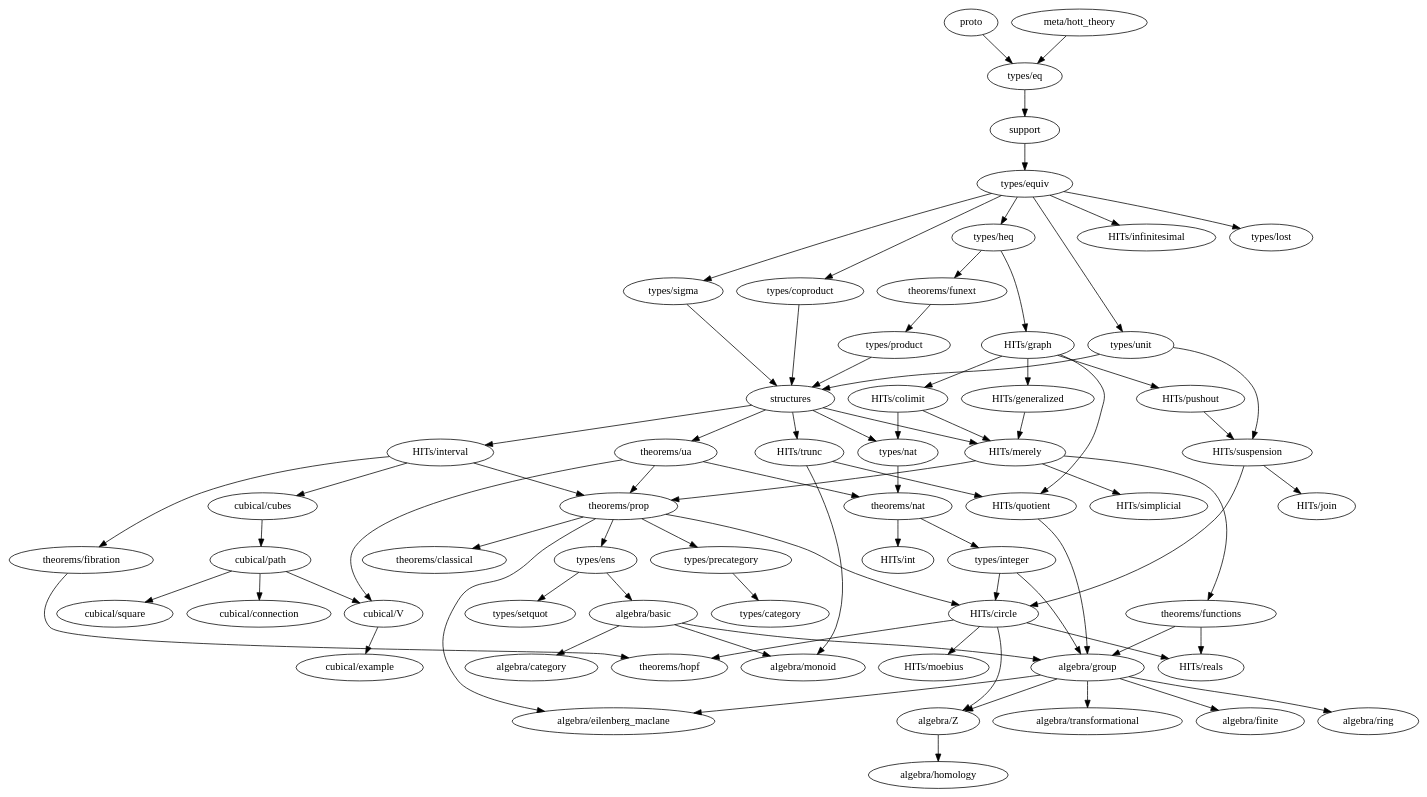
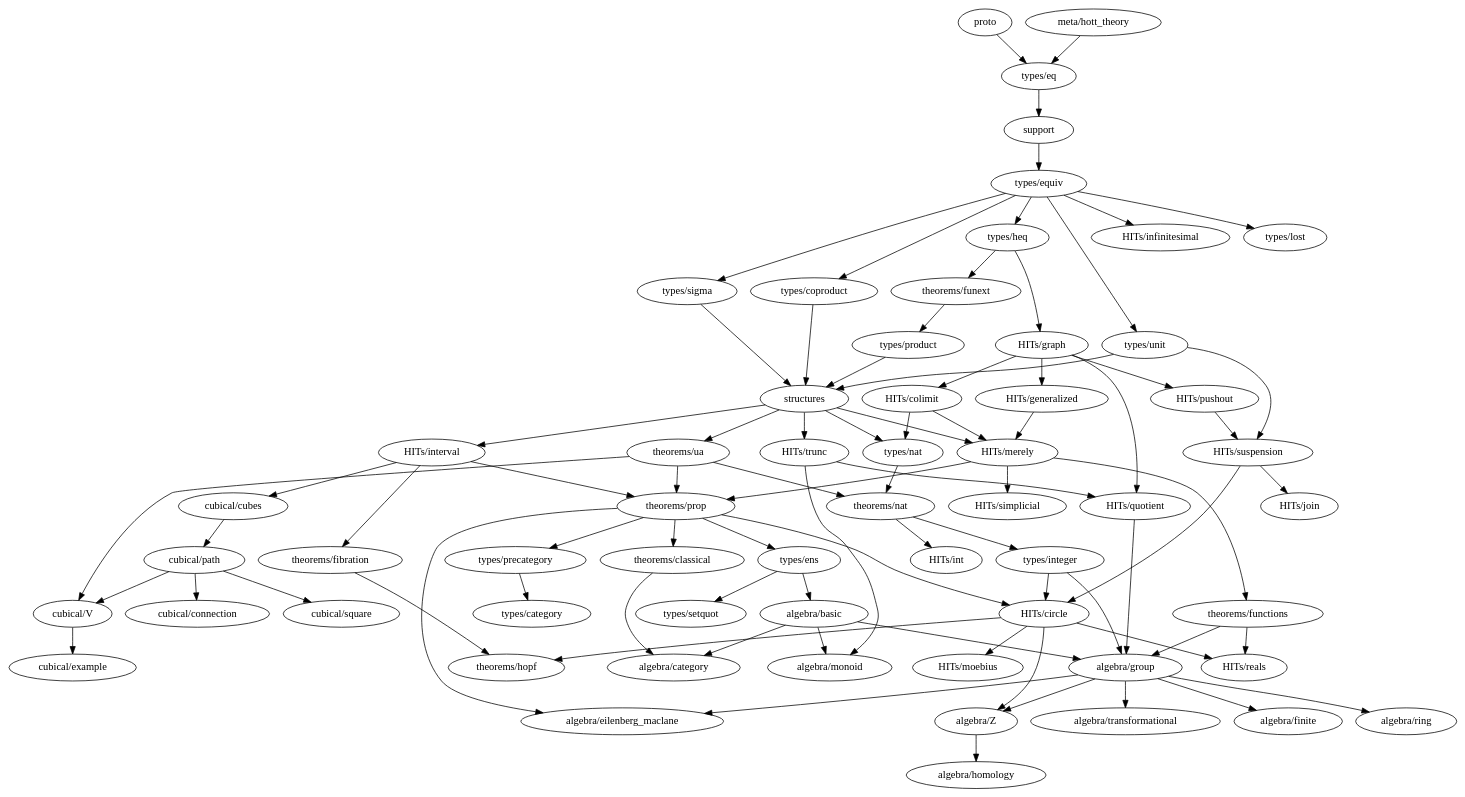
Before and after one commit to forked-from-1kasper/ground_zero: the diagram in dependency-map.gv, drawn with Graphviz. The commit also changed 3 other files, not shown here.

```diff
--- a/dependency-map.gv
+++ b/dependency-map.gv
@@ -1,132 +1,132 @@
 digraph dependency_map {
   proto -> "types/eq"
   "meta/hott_theory" -> "types/eq"
   support -> "types/equiv"
   structures -> {
     "HITs/interval",
     "HITs/merely",
     "HITs/trunc",
     "types/nat",
     "theorems/ua"
   }
 
   subgraph algebra {
     "algebra/basic" -> { "algebra/category", "algebra/monoid", "algebra/group" }
     "algebra/category"
     "algebra/eilenberg_maclane"
     "algebra/finite"
     "algebra/group" -> {
       "algebra/eilenberg_maclane",
       "algebra/finite",
       "algebra/ring",
       "algebra/transformational",
       "algebra/Z"
     }
     "algebra/homology"
     "algebra/monoid"
     "algebra/ring"
     "algebra/transformational"
     "algebra/Z" -> { "algebra/homology" }
   }
 
   subgraph types {
     "types/category"
     "types/coproduct" -> { structures }
     "types/eq" -> { support }
     "types/ens" -> { "algebra/basic", "types/setquot" }
     "types/equiv" -> {
       "types/heq",
       "HITs/infinitesimal",
       "types/coproduct",
       "types/lost",
       "types/unit",
       "types/sigma"
     }
     "types/heq" -> {
       "HITs/graph", "theorems/funext"
     }
     "types/integer" -> {
       "algebra/group",
       "HITs/circle"
     }
     "types/lost"
     "types/nat" -> { "theorems/nat" }
     "types/precategory" -> { "types/category" }
     "types/product" -> { structures }
     "types/setquot"
     "types/sigma" -> { structures }
     "types/unit" -> { structures, "HITs/suspension" }
   }
 
   subgraph HITs {
     "HITs/circle" -> {
       "algebra/Z",
       "theorems/hopf",
       "HITs/moebius",
       "HITs/reals"
     }
     "HITs/colimit" -> { "HITs/merely", "types/nat" }
     "HITs/generalized" -> "HITs/merely"
     "HITs/graph" -> {
       "HITs/colimit",
       "HITs/generalized",
       "HITs/pushout",
       "HITs/quotient"
     }
     "HITs/infinitesimal"
     "HITs/interval" -> {
       "cubical/cubes",
       "theorems/prop",
       "theorems/fibration"
     }
     "HITs/join"
     "HITs/merely" -> {
       "theorems/prop",
       "HITs/simplicial",
       "theorems/functions"
     }
     "HITs/moebius"
     "HITs/pushout" -> {
       "HITs/suspension"
     }
     "HITs/quotient" -> { "algebra/group" }
     "HITs/reals"
     "HITs/simplicial"
     "HITs/suspension" -> { "HITs/circle", "HITs/join" }
     "HITs/trunc" -> { "algebra/monoid", "HITs/quotient" }
   }
 
   subgraph cubical {
     "cubical/connection"
     "cubical/cubes" -> "cubical/path"
     "cubical/example"
     "cubical/path" -> {
       "cubical/square",
       "cubical/V",
       "cubical/connection"
     }
     "cubical/square"
     "cubical/V" -> { "cubical/example" }
   }
 
   subgraph theorems {
-    "theorems/classical"
+    "theorems/classical" -> { "algebra/category" }
     "theorems/fibration" -> { "theorems/hopf" }
     "theorems/functions" -> { "HITs/reals", "algebra/group" }
     "theorems/funext" -> { "types/product" }
     "theorems/hopf"
     "theorems/nat" -> { "HITs/int", "types/integer" }
     "theorems/prop" -> {
       "algebra/eilenberg_maclane",
       "HITs/circle",
       "types/ens",
       "types/precategory",
       "theorems/classical"
     }
     "theorems/ua" -> {
       "theorems/nat",
       "theorems/prop",
       "cubical/V"
     }
   }
 }
```
